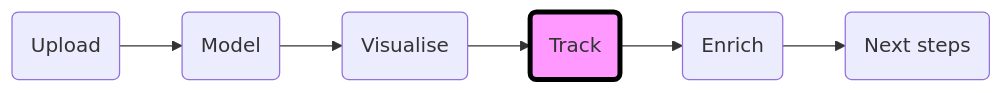
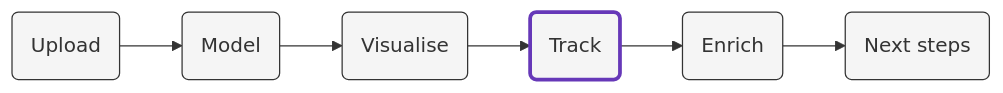
Before and after one commit to snowplow/advanced-analytics-web-accelerator: the diagram in content/tracking/_index.md, drawn with Mermaid. The commit also changed other lines of this file and 86 other files, not shown here.

```diff
--- a/content/tracking/_index.md
+++ b/content/tracking/_index.md
@@ -14,5 +14,10 @@
 {{<mermaid>}}
 flowchart LR
     id1(Upload)-->id2(Model)-->id3(Visualise)-->id4(Track)-->id5(Enrich)-->id6(Next steps)
-    style id4 fill:#f9f,stroke:#000,stroke-width:4px
+    style id4 fill:#f5f5f5,stroke:#6638B8,stroke-width:3px
+    style id1 fill:#f5f5f5,stroke:#333,stroke-width:1px
+    style id3 fill:#f5f5f5,stroke:#333,stroke-width:1px
+    style id5 fill:#f5f5f5,stroke:#333,stroke-width:1px
+    style id2 fill:#f5f5f5,stroke:#333,stroke-width:1px
+    style id6 fill:#f5f5f5,stroke:#333,stroke-width:1px
 {{</mermaid >}}
```
